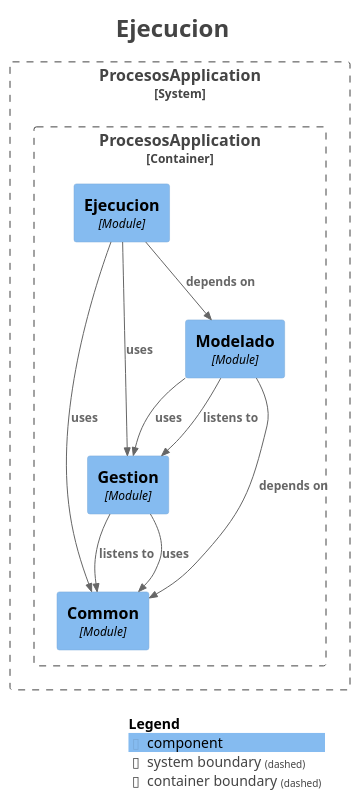
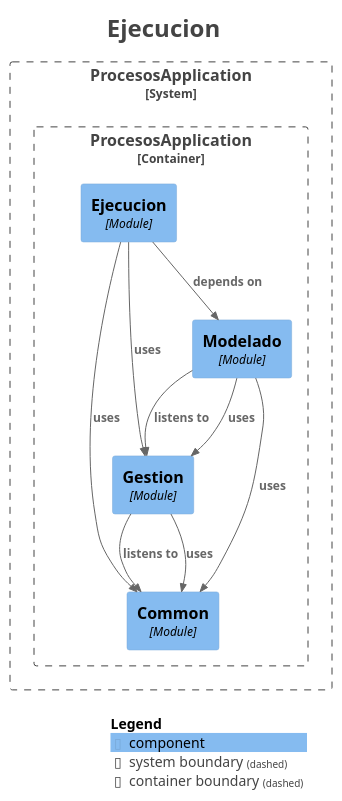
Before and after one commit to AndresContreras1/bpmn-process-manager-api: the diagram in docs/modules/module-ejecucion.puml, drawn with PlantUML. The commit also changed 26 other files, not shown here.

```diff
--- a/docs/modules/module-ejecucion.puml
+++ b/docs/modules/module-ejecucion.puml
@@ -1,39 +1,39 @@
 @startuml
 title <size:24>Ejecucion</size>
 
 set separator none
 top to bottom direction
 
 <style>
   root {
     BackgroundColor: #ffffff
     FontColor: #444444
   }
 </style>
 
 !include <C4/C4>
 !include <C4/C4_Context>
 !include <C4/C4_Component>
 
 System_Boundary("ProcesosApplication_boundary", "ProcesosApplication", $tags="") {
   Container_Boundary("ProcesosApplication.ProcesosApplication_boundary", "ProcesosApplication", $tags="") {
     Component(ProcesosApplication.ProcesosApplication.Common, "Common", $techn="Module", $descr="", $tags="", $link="")
     Component(ProcesosApplication.ProcesosApplication.Gestion, "Gestion", $techn="Module", $descr="", $tags="", $link="")
     Component(ProcesosApplication.ProcesosApplication.Modelado, "Modelado", $techn="Module", $descr="", $tags="", $link="")
     Component(ProcesosApplication.ProcesosApplication.Ejecucion, "Ejecucion", $techn="Module", $descr="", $tags="", $link="")
   }
 
 }
 
+Rel(ProcesosApplication.ProcesosApplication.Modelado, ProcesosApplication.ProcesosApplication.Gestion, "uses", $techn="", $tags="", $link="")
+Rel(ProcesosApplication.ProcesosApplication.Modelado, ProcesosApplication.ProcesosApplication.Common, "uses", $techn="", $tags="", $link="")
+Rel(ProcesosApplication.ProcesosApplication.Gestion, ProcesosApplication.ProcesosApplication.Common, "listens to", $techn="", $tags="", $link="")
+Rel(ProcesosApplication.ProcesosApplication.Gestion, ProcesosApplication.ProcesosApplication.Common, "uses", $techn="", $tags="", $link="")
 Rel(ProcesosApplication.ProcesosApplication.Ejecucion, ProcesosApplication.ProcesosApplication.Modelado, "depends on", $techn="", $tags="", $link="")
 Rel(ProcesosApplication.ProcesosApplication.Ejecucion, ProcesosApplication.ProcesosApplication.Common, "uses", $techn="", $tags="", $link="")
 Rel(ProcesosApplication.ProcesosApplication.Ejecucion, ProcesosApplication.ProcesosApplication.Gestion, "uses", $techn="", $tags="", $link="")
-Rel(ProcesosApplication.ProcesosApplication.Gestion, ProcesosApplication.ProcesosApplication.Common, "listens to", $techn="", $tags="", $link="")
-Rel(ProcesosApplication.ProcesosApplication.Gestion, ProcesosApplication.ProcesosApplication.Common, "uses", $techn="", $tags="", $link="")
 Rel(ProcesosApplication.ProcesosApplication.Modelado, ProcesosApplication.ProcesosApplication.Gestion, "listens to", $techn="", $tags="", $link="")
-Rel(ProcesosApplication.ProcesosApplication.Modelado, ProcesosApplication.ProcesosApplication.Common, "depends on", $techn="", $tags="", $link="")
-Rel(ProcesosApplication.ProcesosApplication.Modelado, ProcesosApplication.ProcesosApplication.Gestion, "uses", $techn="", $tags="", $link="")
 
 SHOW_LEGEND(true)
 hide stereotypes
 @enduml
```
